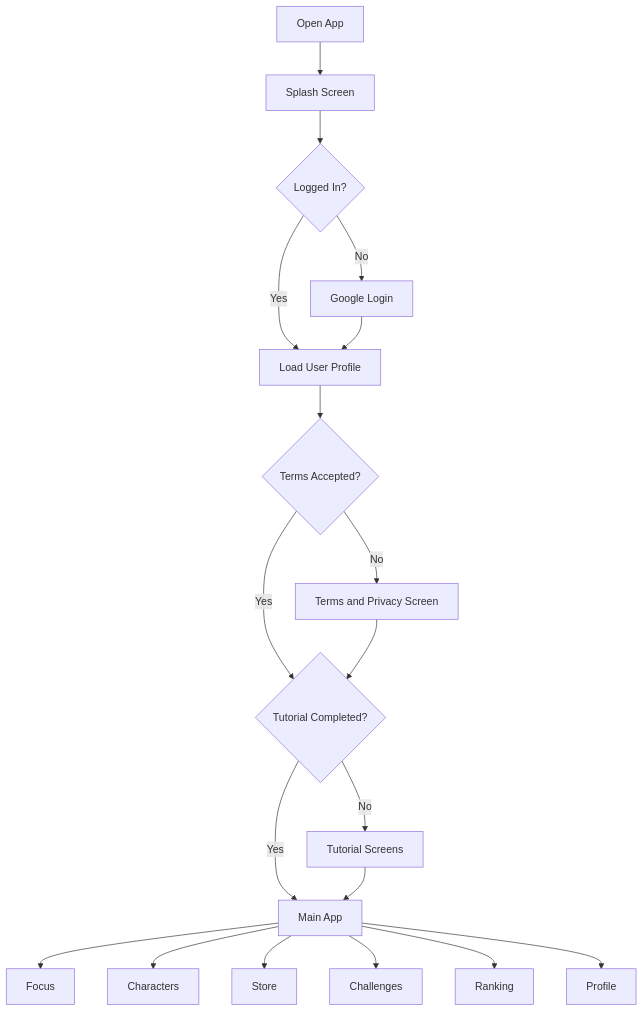
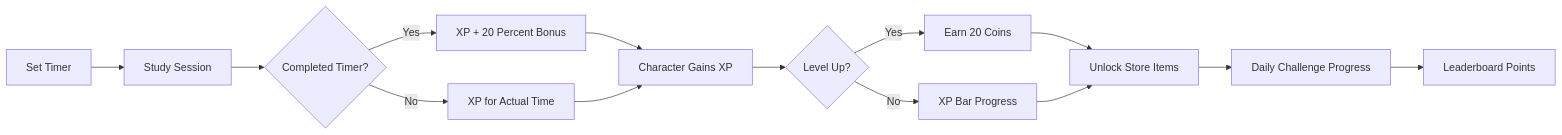
The third of 14 diagrams in README.md (bipulkumar62/FocusSaga-XP), drawn with Mermaid before and after one commit. The commit also changed other lines of this file, not shown here.

````diff
--- a/README.md
+++ b/README.md
@@ -60,21 +114,16 @@
 ```mermaid
-flowchart TD
-    A[Open App] --> B[Splash Screen]
-    B --> C{Logged In?}
-    C -- No --> D[Google Login]
-    C -- Yes --> E[Load User Profile]
-    D --> E
-    E --> F{Terms Accepted?}
-    F -- No --> G[Terms and Privacy Screen]
-    F -- Yes --> H{Tutorial Completed?}
-    G --> H
-    H -- No --> I[Tutorial Screens]
-    H -- Yes --> J[Main App]
+flowchart LR
+    A[Set Timer] --> B[Study Session]
+    B --> C{Completed Timer?}
+    C -- Yes --> D[XP + 20 Percent Bonus]
+    C -- No --> E[XP for Actual Time]
+    D --> F[Character Gains XP]
+    E --> F
+    F --> G{Level Up?}
+    G -- Yes --> H[Earn 20 Coins]
+    G -- No --> I[XP Bar Progress]
+    H --> J[Unlock Store Items]
     I --> J
-    J --> K[Focus]
-    J --> L[Characters]
-    J --> M[Store]
-    J --> N[Challenges]
-    J --> O[Ranking]
-    J --> P[Profile]
+    J --> K[Daily Challenge Progress]
+    K --> L[Leaderboard Points]
 ```
````
